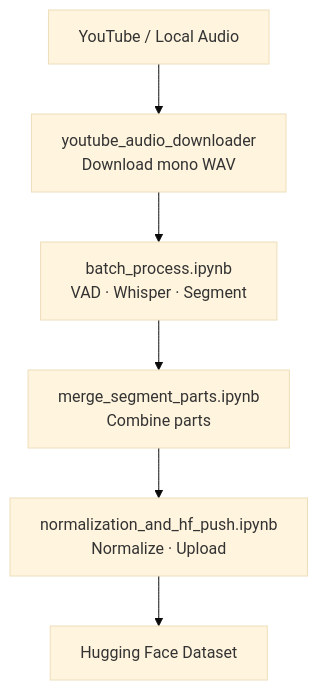
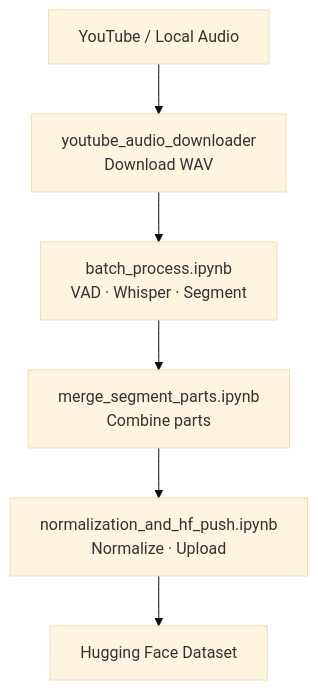
One commit to ulaspolat/tts-dataset-creation changed the diagram in README.md. Above: the diagram before and after it, drawn with Mermaid (base theme). The commit also changed other lines of this file and 1 other file, not shown here.

Commit message:
Fix README: diagram line breaks, repo structure, license, downloader docs

````diff
--- a/README.md
+++ b/README.md
@@ -20,8 +20,8 @@
 ```mermaid
 flowchart TD
-  A[YouTube / Local Audio] --> B[youtube_audio_downloader\nDownload mono WAV]
-  B --> C[batch_process.ipynb\nVAD · Whisper · Segment]
-  C --> D[merge_segment_parts.ipynb\nCombine parts]
-  D --> E[normalization_and_hf_push.ipynb\nNormalize · Upload]
+  A[YouTube / Local Audio] --> B["youtube_audio_downloader<br/>Download WAV"]
+  B --> C["batch_process.ipynb<br/>VAD · Whisper · Segment"]
+  C --> D["merge_segment_parts.ipynb<br/>Combine parts"]
+  D --> E["normalization_and_hf_push.ipynb<br/>Normalize · Upload"]
   E --> F[Hugging Face Dataset]
 ```
````
